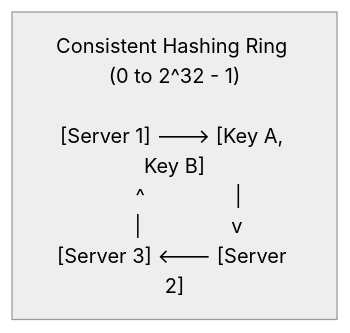
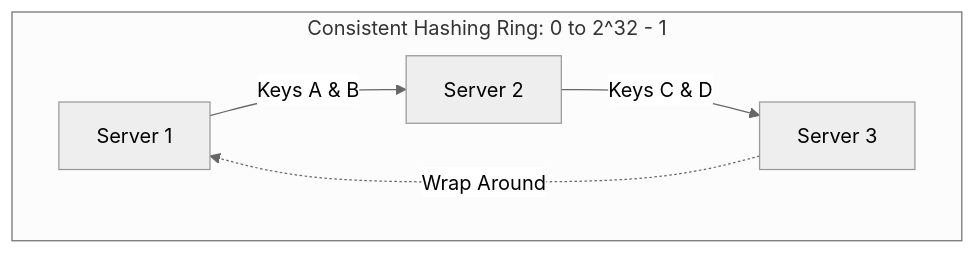
Before and after one commit to Sujalkathait/high-level-design: the tenth of 16 diagrams in README.md, drawn with Mermaid (neutral theme). The commit also changed other lines of this file and 31 other files, not shown here.

Commit message:
fix(mermaid): quote all diagram node labels, cylinder shapes, and subgraphs for flawless GitHub rendering

````diff
--- a/README.md
+++ b/README.md
@@ -252,4 +252,9 @@
 ```mermaid
-flowchart TD
-    Ring["Consistent Hashing Ring (0 to 2^32 - 1)\n\n[Server 1] ---> [Key A, Key B]\n     ^                |\n     |                v\n[Server 3] <--- [Server 2]"]
+flowchart LR
+    subgraph Ring ["Consistent Hashing Ring: 0 to 2^32 - 1"]
+        direction LR
+        S1["Server 1"] -->|Keys A & B| S2["Server 2"]
+        S2 -->|Keys C & D| S3["Server 3"]
+        S3 -.->|Wrap Around| S1
+    end
 ```
````
